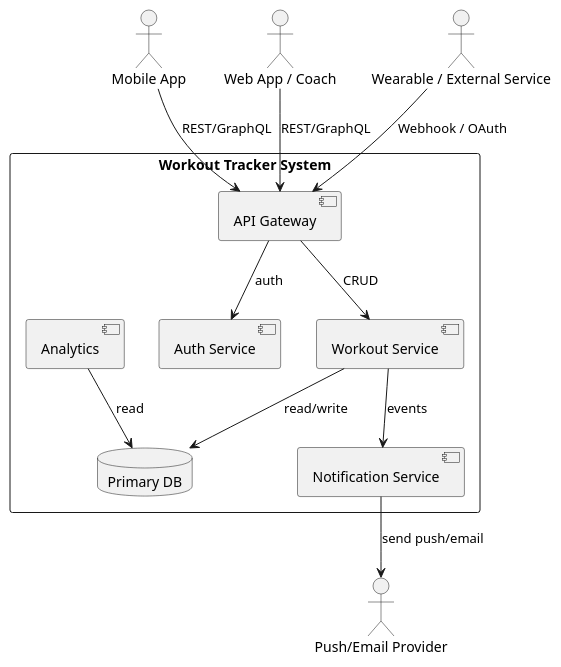
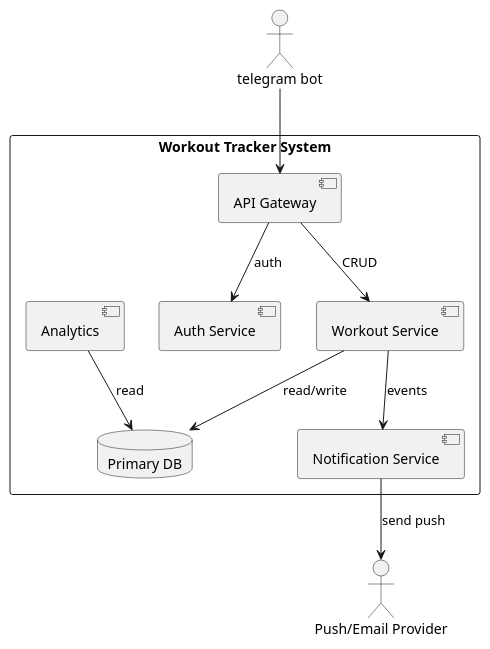
Before and after one commit to Mini-max-Maxi-min/projecr-go: the first of 2 diagrams in laba1/README.md, drawn with PlantUML. The commit also changed other lines of this file, not shown here.

````diff
--- a/laba1/README.md
+++ b/laba1/README.md
@@ -111,25 +111,22 @@
 ```plantuml
 @startuml
-actor "Mobile App" as Mobile
-actor "Web App / Coach" as Web
-actor "Wearable / External Service" as Wear
-actor "Push/Email Provider" as Notify
+actor "telegram bot" as bot
+
+ actor "Push/Email Provider" as Notify
 rectangle "Workout Tracker System" {
   component "API Gateway" as API
   component "Auth Service" as Auth
   component "Workout Service" as Workout
   component "Analytics" as Analytics
   component "Notification Service" as Notif
   database "Primary DB" as DB
 }
-Mobile --> API : REST/GraphQL
-Web --> API : REST/GraphQL
-Wear --> API : Webhook / OAuth
-API --> Auth : auth
+bot --> API 
+ API --> Auth : auth
 API --> Workout : CRUD
 Workout --> DB : read/write
 Analytics --> DB : read
 Workout --> Notif : events
-Notif --> Notify : send push/email
+Notif --> Notify : send push
 @enduml
 ```
````
